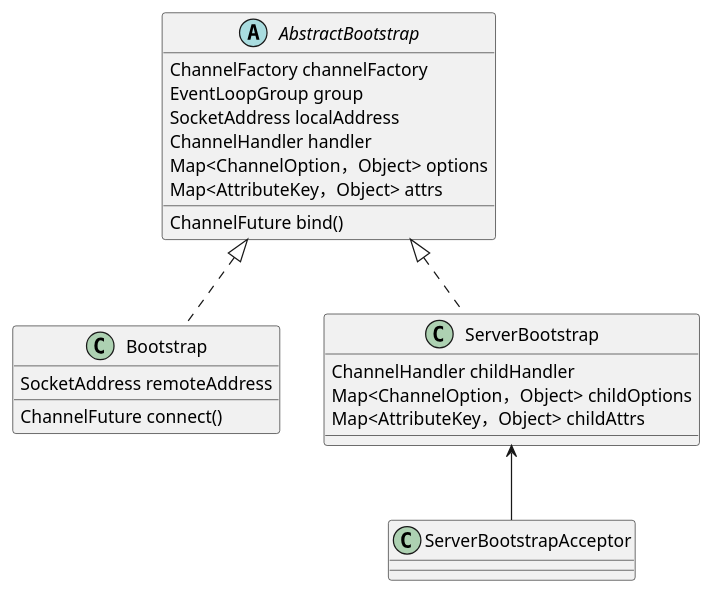
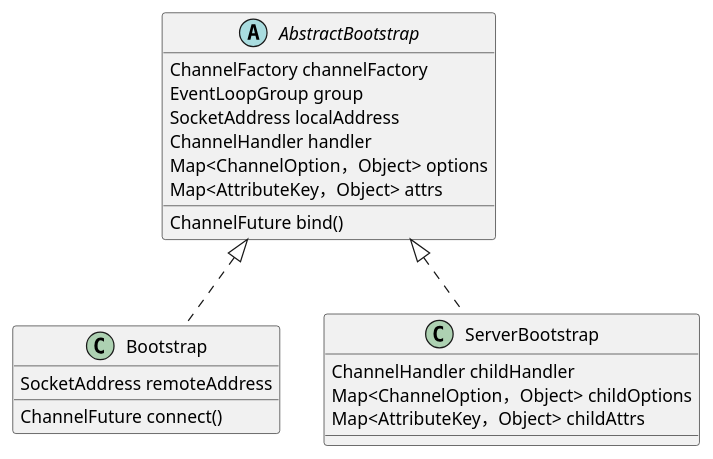
Before and after one commit to dfxyz/notes: the first of 15 diagrams in Netty学习笔记.md, drawn with PlantUML. The commit also changed other lines of this file and 4 other files, not shown here.

````diff
--- a/Netty学习笔记.md
+++ b/Netty学习笔记.md
@@ -17,27 +15,26 @@
 ```plantuml
 @startuml
 abstract class AbstractBootstrap {
     ChannelFactory channelFactory
     EventLoopGroup group
     SocketAddress localAddress
     ChannelHandler handler
     Map<ChannelOption，Object> options
     Map<AttributeKey，Object> attrs
 
     ChannelFuture bind()
 }
 class Bootstrap {
     SocketAddress remoteAddress
 
     ChannelFuture connect()
 }
 class ServerBootstrap {
     ChannelHandler childHandler
     Map<ChannelOption，Object> childOptions
     Map<AttributeKey，Object> childAttrs
 }
 AbstractBootstrap <|.. Bootstrap
 AbstractBootstrap <|.. ServerBootstrap
-ServerBootstrap <-- ServerBootstrapAcceptor
 @enduml
 ```
````
